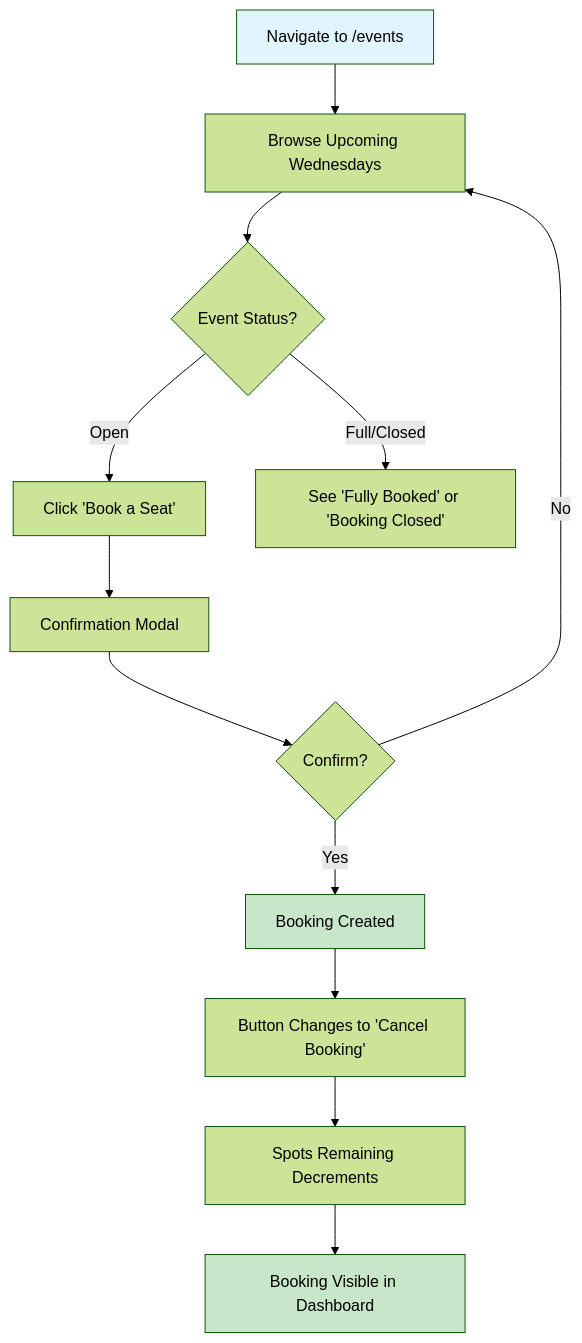
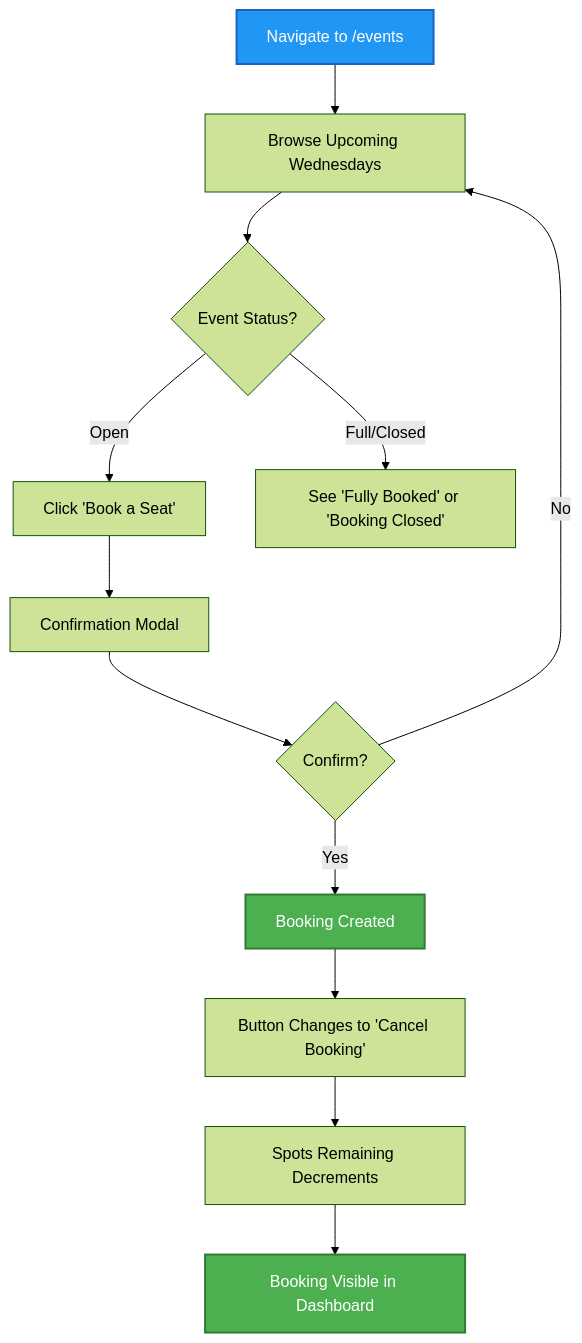
One commit to daniposa/devconnect changed the second of 10 diagrams in USER_GUIDE.md. Above: the diagram before and after it, drawn with Mermaid (forest theme). The commit also changed other lines of this file, not shown here.

Commit message:
docs: Update Mermaid diagram colors for better visibility

````diff
--- a/USER_GUIDE.md
+++ b/USER_GUIDE.md
@@ -81,18 +81,18 @@
 ```mermaid
 flowchart TD
     A[Navigate to /events] --> B[Browse Upcoming Wednesdays]
     B --> C{Event Status?}
     C -->|Open| D[Click 'Book a Seat']
     C -->|Full/Closed| E[See 'Fully Booked' or 'Booking Closed']
     D --> F[Confirmation Modal]
     F --> G{Confirm?}
     G -->|Yes| H[Booking Created]
     G -->|No| B
     H --> I[Button Changes to 'Cancel Booking']
     I --> J[Spots Remaining Decrements]
     J --> K[Booking Visible in Dashboard]
     
-    style A fill:#e1f5ff
-    style H fill:#c8e6c9
-    style K fill:#c8e6c9
+    style A fill:#2196F3,stroke:#1565C0,stroke-width:2px,color:#fff
+    style H fill:#4CAF50,stroke:#2E7D32,stroke-width:2px,color:#fff
+    style K fill:#4CAF50,stroke:#2E7D32,stroke-width:2px,color:#fff
 ```
````
